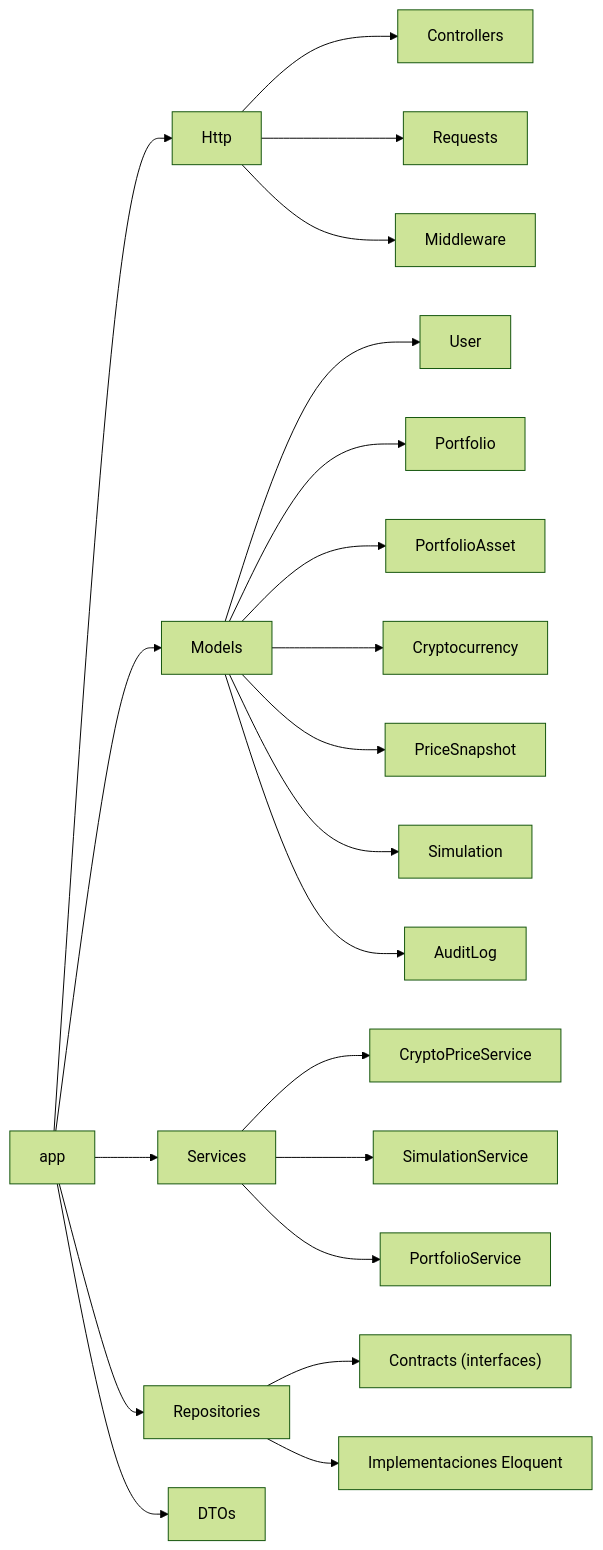
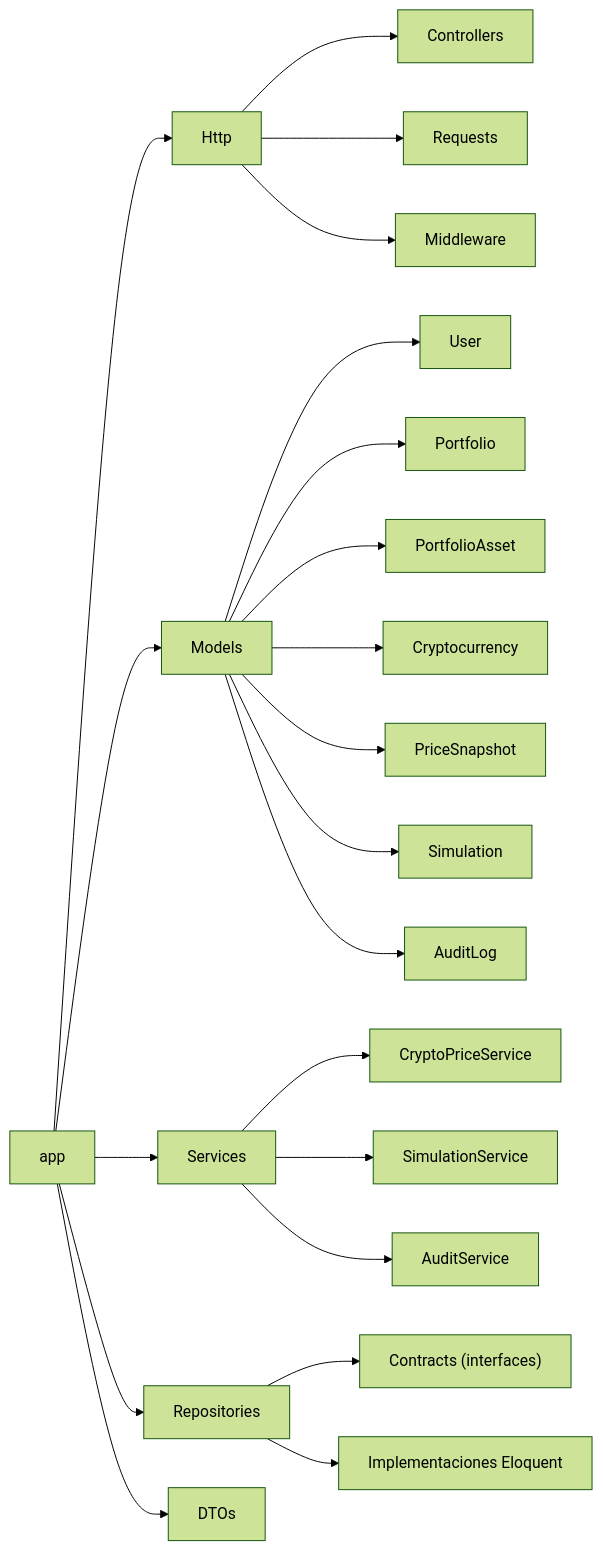
Before and after one commit to fernandocamargo-ae/CoinScope: the fourth of 15 diagrams in docs/plataforma-simulacion-criptomonedas.md, drawn with Mermaid (forest theme). The commit also changed other lines of this file and 51 other files, not shown here.

````diff
--- a/docs/plataforma-simulacion-criptomonedas.md
+++ b/docs/plataforma-simulacion-criptomonedas.md
@@ -345,27 +345,27 @@
 ```mermaid
 flowchart LR
     app --> Http
     app --> Models
     app --> Services
     app --> Repositories
     app --> DTOs
 
     Http --> Controllers
     Http --> Requests
     Http --> Middleware
 
     Models --> UserM[User]
     Models --> PortfolioM[Portfolio]
     Models --> PortfolioAssetM[PortfolioAsset]
     Models --> CryptocurrencyM[Cryptocurrency]
     Models --> PriceSnapshotM[PriceSnapshot]
     Models --> SimulationM[Simulation]
     Models --> AuditLogM[AuditLog]
 
     Services --> CryptoPriceService
     Services --> SimulationService
-    Services --> PortfolioService
+    Services --> AuditService
 
     Repositories --> Contracts["Contracts (interfaces)"]
     Repositories --> Eloquent["Implementaciones Eloquent"]
 ```
````
